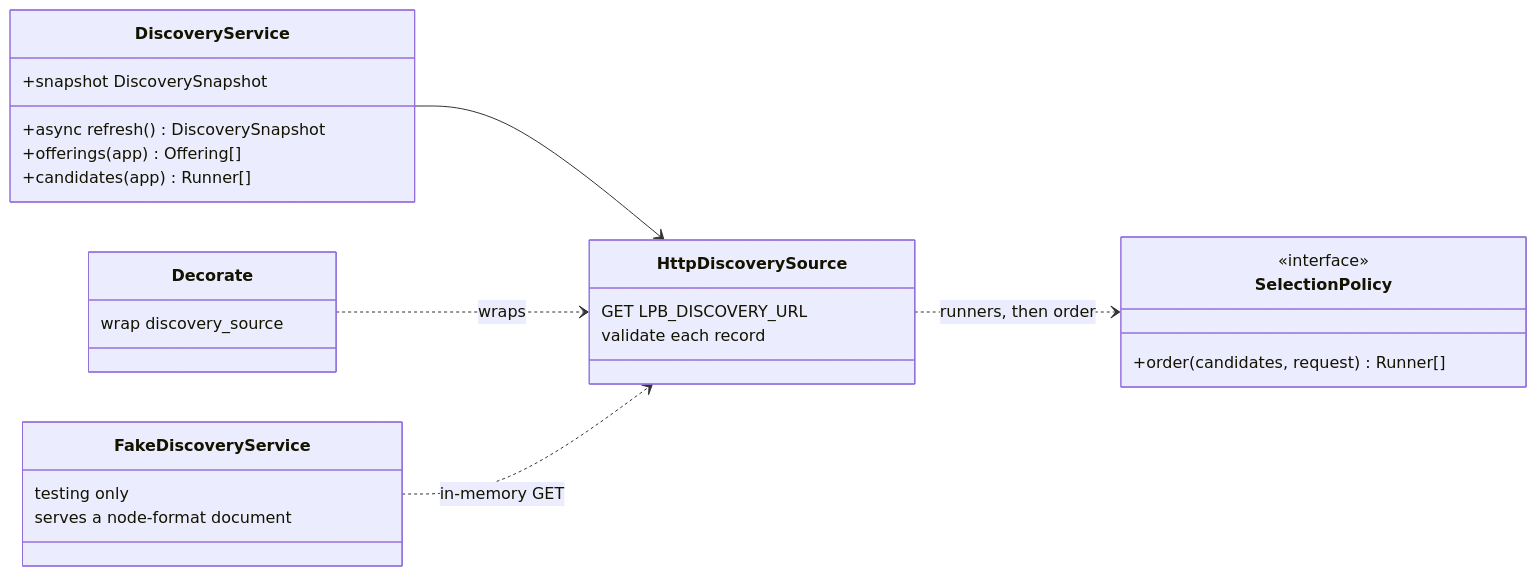
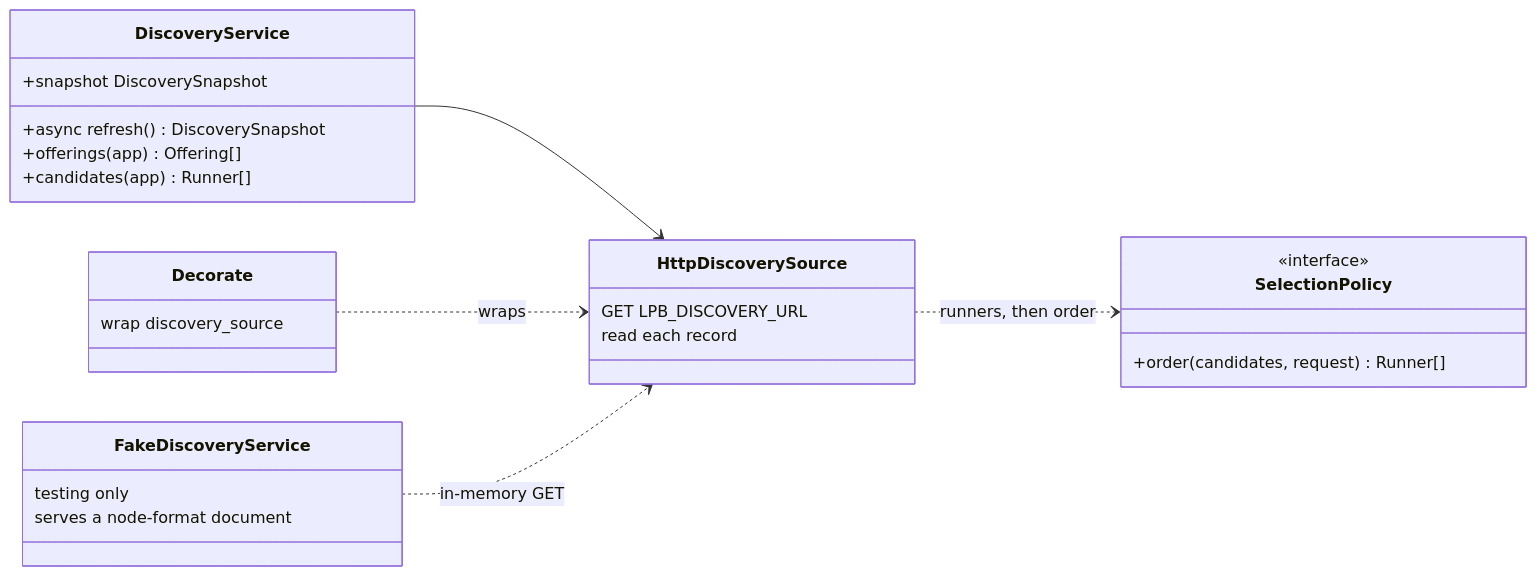
The tenth of 16 diagrams in docs/design-docs/interfaces-and-http-servers.md (NE-Build-Track/livepeer-builder-core), drawn with Mermaid before and after one commit. The commit also changed other lines of this file and 36 other files, not shown here.

````diff
--- a/docs/design-docs/interfaces-and-http-servers.md
+++ b/docs/design-docs/interfaces-and-http-servers.md
@@ -635,29 +635,29 @@
 ```mermaid
 classDiagram
     direction LR
     class HttpDiscoverySource {
         GET LPB_DISCOVERY_URL
-        validate each record
+        read each record
     }
     class DiscoveryService {
         +snapshot DiscoverySnapshot
         +async refresh() DiscoverySnapshot
         +offerings(app) Offering[]
         +candidates(app) Runner[]
     }
     class SelectionPolicy {
         <<interface>>
         +order(candidates, request) Runner[]
     }
     class Decorate {
         wrap discovery_source
     }
     class FakeDiscoveryService {
         testing only
         serves a node-format document
     }
     DiscoveryService --> HttpDiscoverySource
     HttpDiscoverySource ..> SelectionPolicy : runners, then order
     Decorate ..> HttpDiscoverySource : wraps
     FakeDiscoveryService ..> HttpDiscoverySource : in-memory GET
 ```
````
